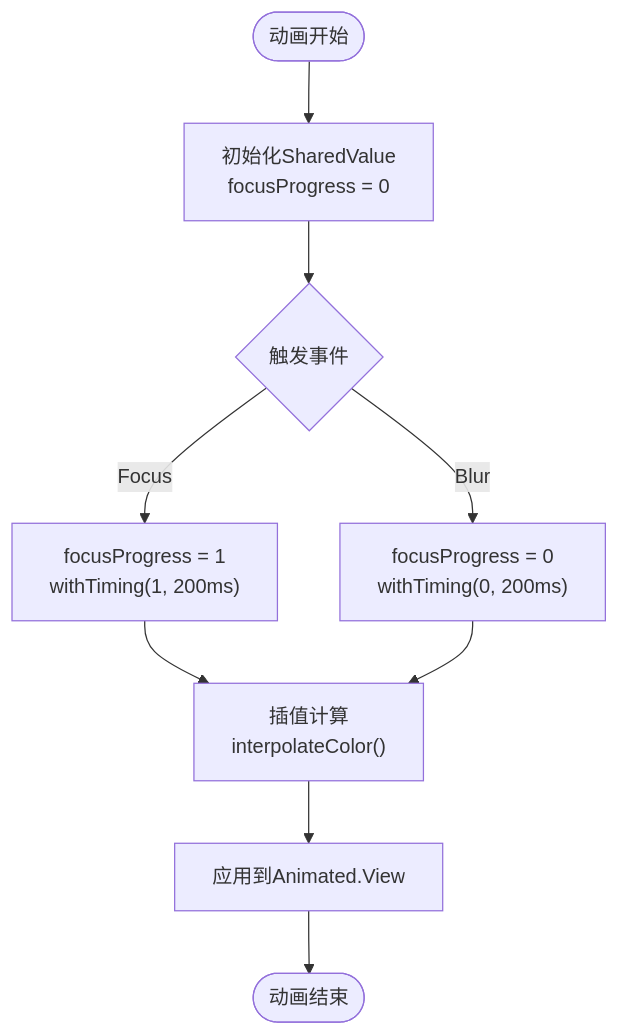
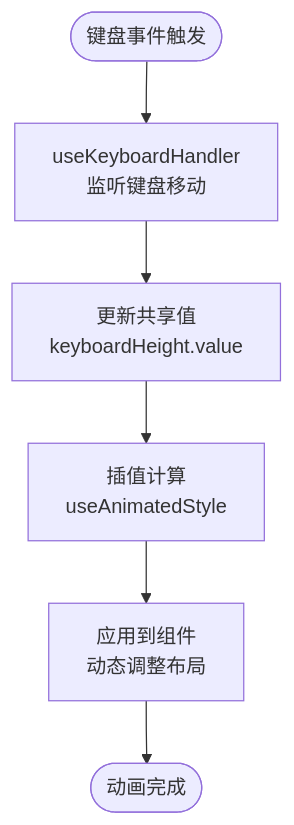
Before and after one commit to NarcisWL/Nexara: the fifth of 6 diagrams in .qoder/repowiki/zh/content/开发指南/键盘避免审计报告.md, drawn with Mermaid. The commit also changed other lines of this file and 19 other files, not shown here.

````diff
--- a/.qoder/repowiki/zh/content/开发指南/键盘避免审计报告.md
+++ b/.qoder/repowiki/zh/content/开发指南/键盘避免审计报告.md
@@ -200,11 +282,8 @@
 ```mermaid
 flowchart TD
-Start([动画开始]) --> Init["初始化SharedValue<br/>focusProgress = 0"]
-Init --> Event{"触发事件"}
-Event --> |Focus| FocusAnim["focusProgress = 1<br/>withTiming(1, 200ms)"]
-Event --> |Blur| BlurAnim["focusProgress = 0<br/>withTiming(0, 200ms)"]
-FocusAnim --> Interpolate["插值计算<br/>interpolateColor()"]
-BlurAnim --> Interpolate
-Interpolate --> Apply["应用到Animated.View"]
-Apply --> End([动画结束])
+Start([键盘事件触发]) --> Handler["useKeyboardHandler<br/>监听键盘移动"]
+Handler --> SharedValue["更新共享值<br/>keyboardHeight.value"]
+SharedValue --> Interpolate["插值计算<br/>useAnimatedStyle"]
+Interpolate --> Apply["应用到组件<br/>动态调整布局"]
+Apply --> End([动画完成])
 ```
````
